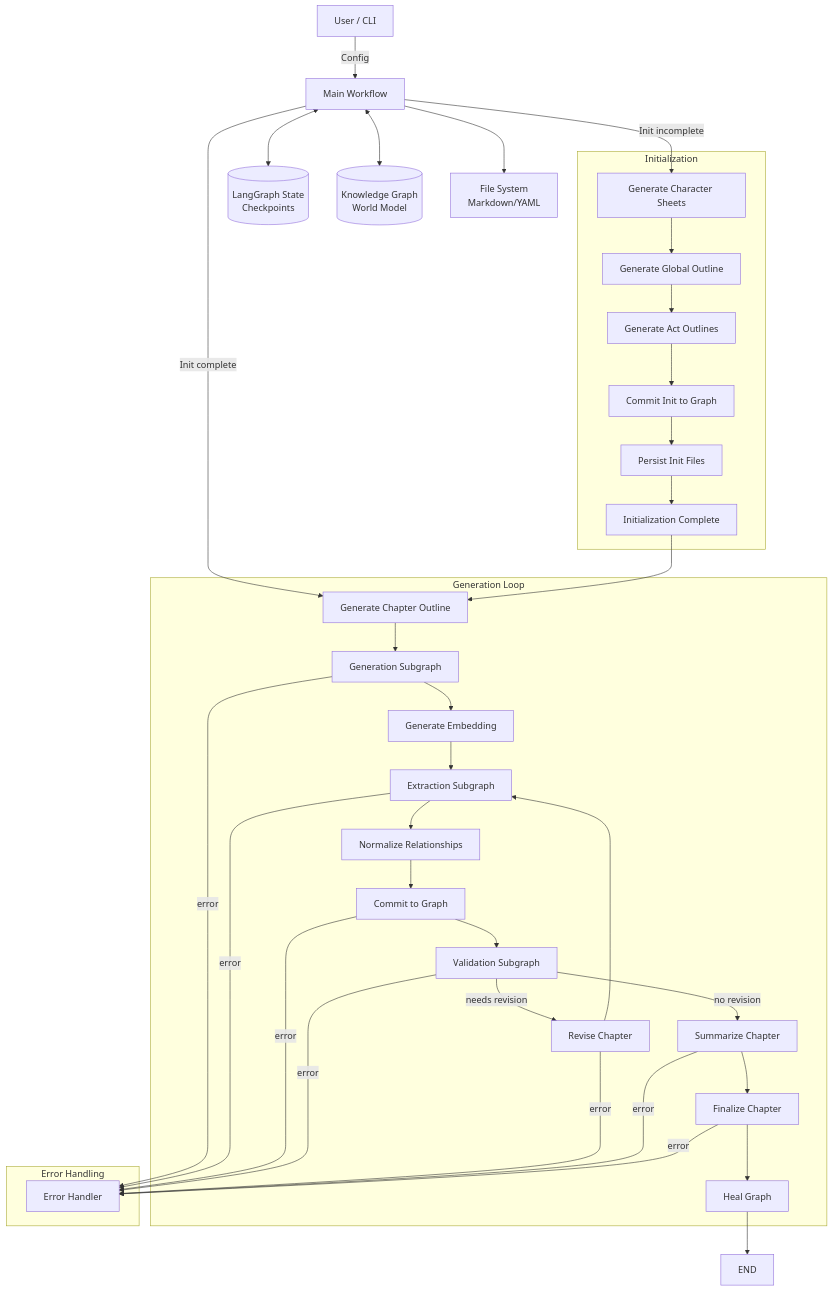
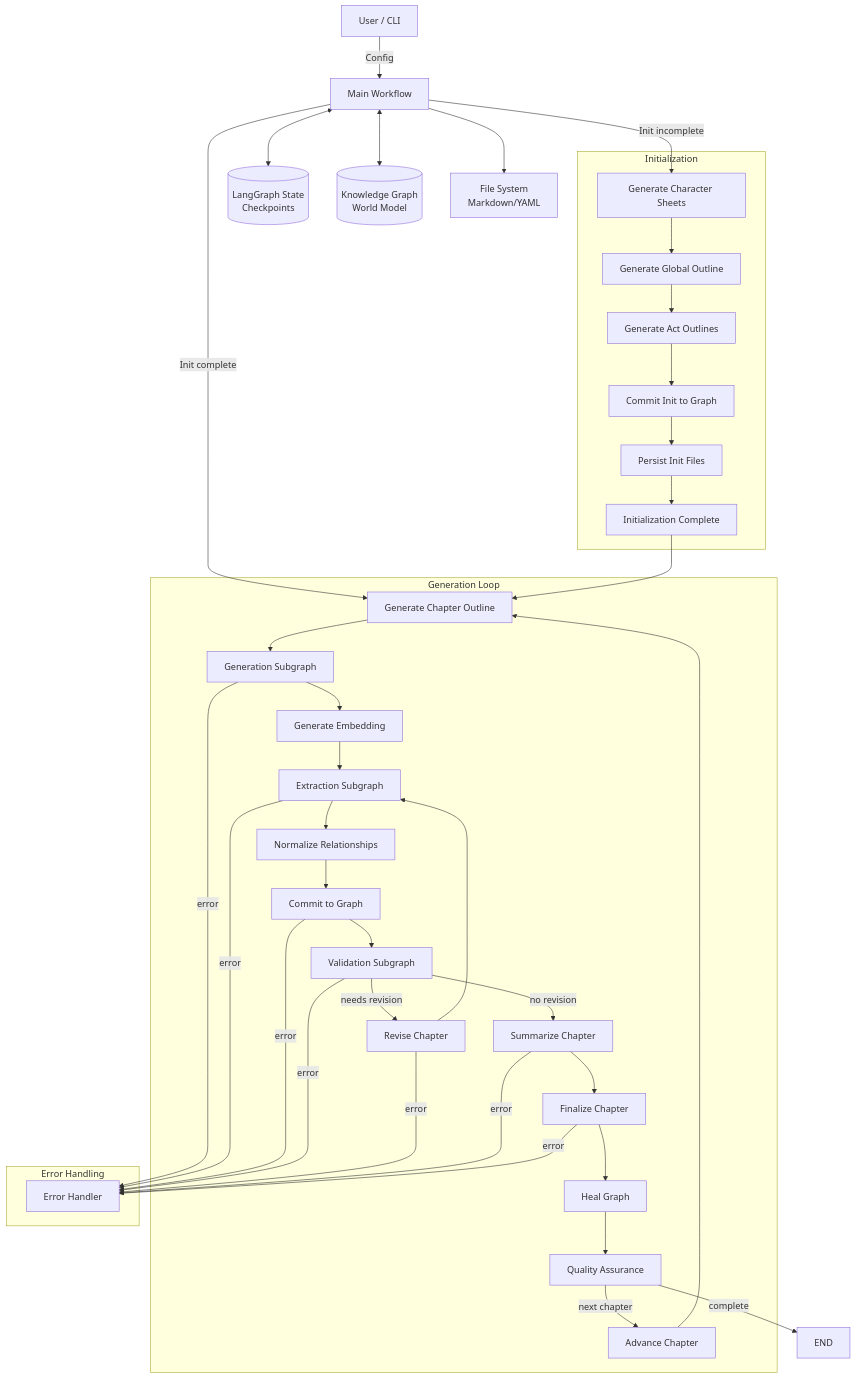
One commit to Lanerra/saga changed the diagram in docs/langgraph-architecture.md. Above: the diagram before and after it, drawn with Mermaid. The commit also changed other lines of this file and 28 other files, not shown here.

````diff
--- a/docs/langgraph-architecture.md
+++ b/docs/langgraph-architecture.md
@@ -19,56 +19,60 @@
 ```mermaid
 graph TD
     User[User / CLI] -->|Config| Main[Main Workflow]
 
     subgraph "Initialization"
         InitChar[Generate Character Sheets]
         InitGlob[Generate Global Outline]
         InitActs[Generate Act Outlines]
         InitCommit[Commit Init to Graph]
         InitPersist[Persist Init Files]
         InitComplete[Initialization Complete]
     end
 
     subgraph "Generation Loop"
         Outline[Generate Chapter Outline]
         Generate[Generation Subgraph]
         Embedding[Generate Embedding]
         Extract[Extraction Subgraph]
         Normalize[Normalize Relationships]
         Commit[Commit to Graph]
         Validate[Validation Subgraph]
         Revise[Revise Chapter]
         Summarize[Summarize Chapter]
         Finalize[Finalize Chapter]
         Heal[Heal Graph]
+        QA[Quality Assurance]
+        Advance[Advance Chapter]
     end
 
     subgraph "Error Handling"
         ErrorHandler[Error Handler]
     end
 
     Main <--> SQLite[(LangGraph State\nCheckpoints)]
     Main <--> Neo4j[(Knowledge Graph\nWorld Model)]
     Main --> FS[File System\nMarkdown/YAML]
 
     %% Entry routing
     Main -->|Init incomplete| InitChar
     Main -->|Init complete| Outline
 
     %% Initialization flow
     InitChar --> InitGlob --> InitActs --> InitCommit --> InitPersist --> InitComplete --> Outline
 
     %% Generation flow
     Outline --> Generate --> Embedding --> Extract --> Normalize --> Commit --> Validate
     Validate -->|needs revision| Revise --> Extract
-    Validate -->|no revision| Summarize --> Finalize --> Heal --> END
+    Validate -->|no revision| Summarize --> Finalize --> Heal --> QA
+    QA -->|next chapter| Advance --> Outline
+    QA -->|complete| END
 
     %% Error paths
     Generate -->|error| ErrorHandler
     Extract -->|error| ErrorHandler
     Commit -->|error| ErrorHandler
     Validate -->|error| ErrorHandler
     Revise -->|error| ErrorHandler
     Summarize -->|error| ErrorHandler
     Finalize -->|error| ErrorHandler
 ```
````
